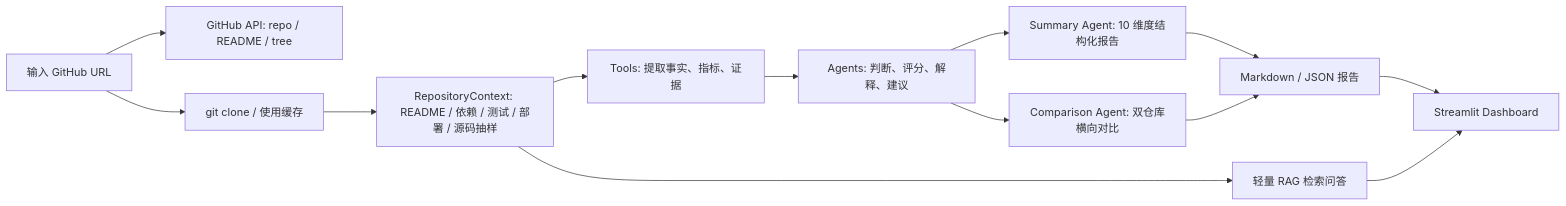
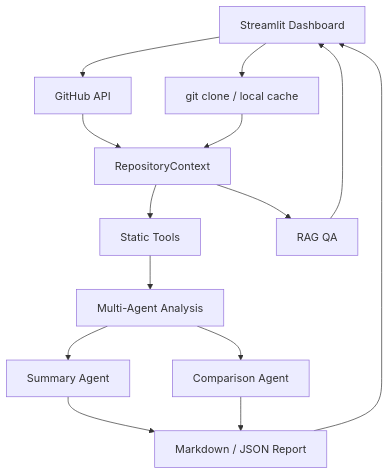
One commit to ryannacho68-ui/github-repo-analyzer changed the diagram in README.md. Above: the diagram before and after it, drawn with Mermaid. The commit also changed other lines of this file and 23 other files, not shown here.

Commit message:
Add hybrid LLM agent architecture

````diff
--- a/README.md
+++ b/README.md
@@ -29,15 +22,16 @@
 ```mermaid
-flowchart LR
-    A["输入 GitHub URL"] --> A1["GitHub API: repo / README / tree"]
-    A --> B["git clone / 使用缓存"]
-    B --> C["RepositoryContext: README / 依赖 / 测试 / 部署 / 源码抽样"]
-    C --> D["Tools: 提取事实、指标、证据"]
-    D --> E["Agents: 判断、评分、解释、建议"]
-    E --> F["Summary Agent: 10 维度结构化报告"]
-    E --> G["Comparison Agent: 双仓库横向对比"]
-    F --> H["Markdown / JSON 报告"]
-    G --> H
-    C --> I["轻量 RAG 检索问答"]
-    H --> J["Streamlit Dashboard"]
-    I --> J
+flowchart TB
+    UI["Streamlit Dashboard"] --> API["GitHub API"]
+    UI --> Clone["git clone / local cache"]
+    API --> Context["RepositoryContext"]
+    Clone --> Context
+    Context --> Tools["Static Tools"]
+    Tools --> Agents["Multi-Agent Analysis"]
+    Agents --> Summary["Summary Agent"]
+    Agents --> Compare["Comparison Agent"]
+    Summary --> Report["Markdown / JSON Report"]
+    Compare --> Report
+    Context --> RAG["RAG QA"]
+    Report --> UI
+    RAG --> UI
 ```
````
